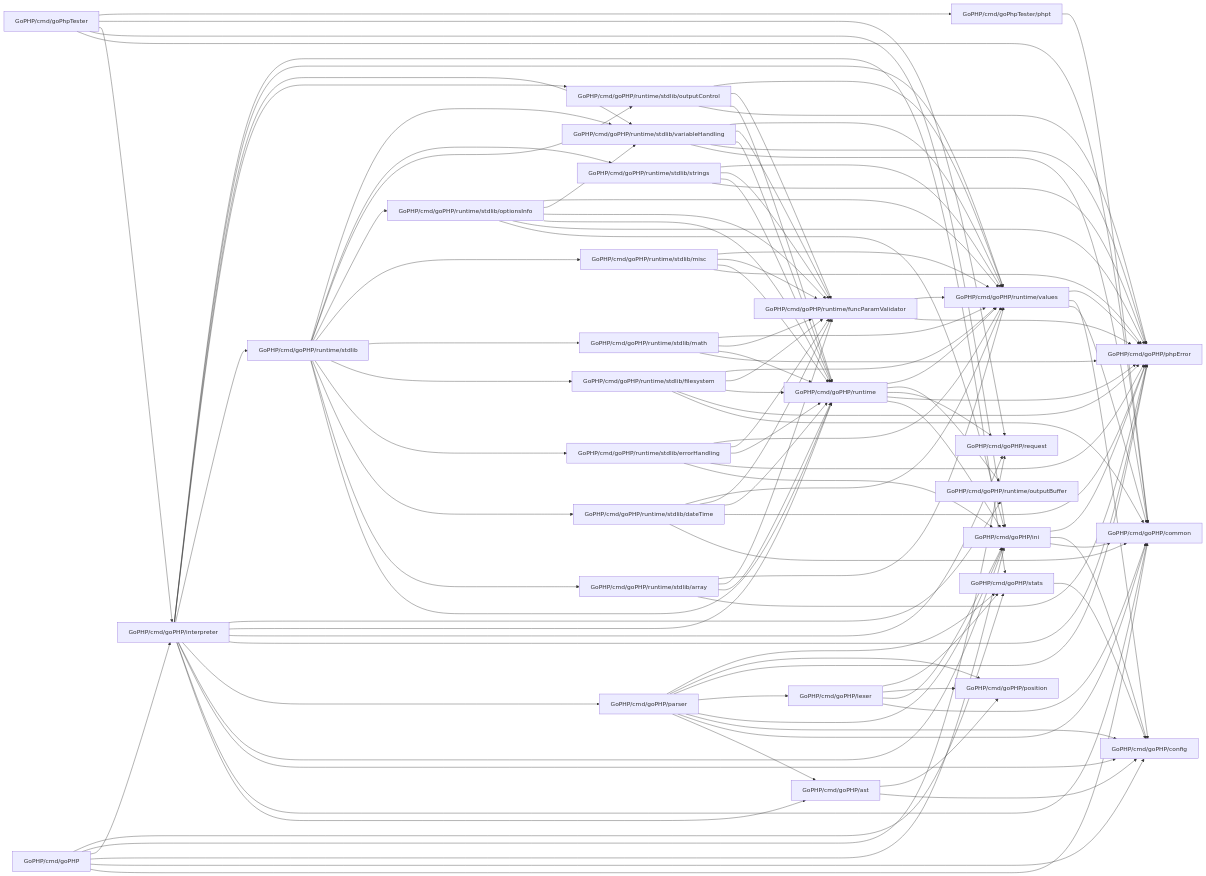
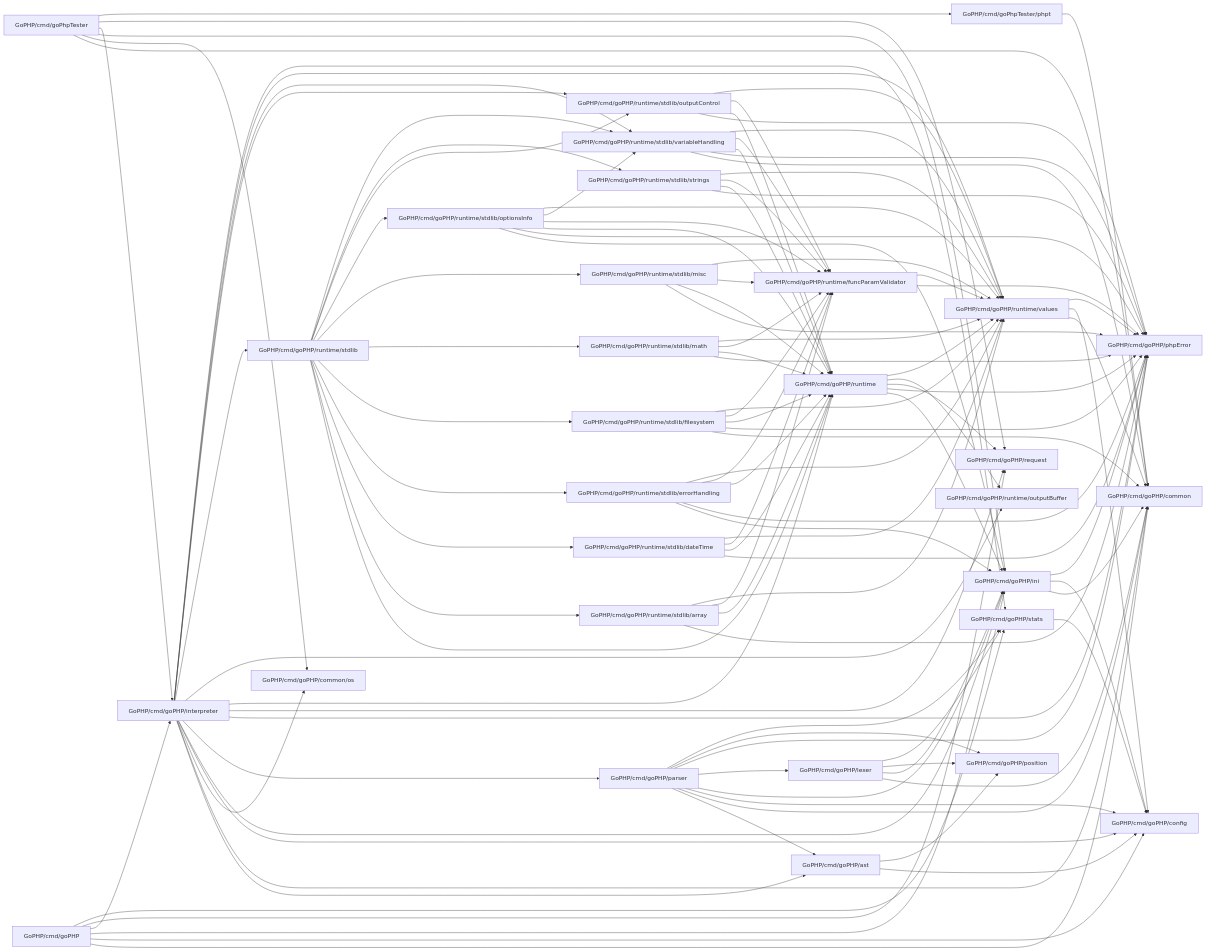
The diagram in doc/Packages.md (MasterZydra/QIQ), drawn with Mermaid before and after one commit. The commit also changed 11 other files, not shown here.

```diff
--- a/doc/Packages.md
+++ b/doc/Packages.md
@@ -18,6 +18,7 @@
 
     GoPHP_cmd_goPHP_interpreter[GoPHP/cmd/goPHP/interpreter] --> GoPHP_cmd_goPHP_ast[GoPHP/cmd/goPHP/ast]
     GoPHP_cmd_goPHP_interpreter[GoPHP/cmd/goPHP/interpreter] --> GoPHP_cmd_goPHP_common[GoPHP/cmd/goPHP/common]
+    GoPHP_cmd_goPHP_interpreter[GoPHP/cmd/goPHP/interpreter] --> GoPHP_cmd_goPHP_common_os[GoPHP/cmd/goPHP/common/os]
     GoPHP_cmd_goPHP_interpreter[GoPHP/cmd/goPHP/interpreter] --> GoPHP_cmd_goPHP_config[GoPHP/cmd/goPHP/config]
     GoPHP_cmd_goPHP_interpreter[GoPHP/cmd/goPHP/interpreter] --> GoPHP_cmd_goPHP_ini[GoPHP/cmd/goPHP/ini]
     GoPHP_cmd_goPHP_interpreter[GoPHP/cmd/goPHP/interpreter] --> GoPHP_cmd_goPHP_parser[GoPHP/cmd/goPHP/parser]
@@ -71,7 +72,6 @@
     GoPHP_cmd_goPHP_runtime_stdlib_array[GoPHP/cmd/goPHP/runtime/stdlib/array] --> GoPHP_cmd_goPHP_runtime_funcParamValidator[GoPHP/cmd/goPHP/runtime/funcParamValidator]
     GoPHP_cmd_goPHP_runtime_stdlib_array[GoPHP/cmd/goPHP/runtime/stdlib/array] --> GoPHP_cmd_goPHP_runtime_values[GoPHP/cmd/goPHP/runtime/values]
 
-    GoPHP_cmd_goPHP_runtime_stdlib_dateTime[GoPHP/cmd/goPHP/runtime/stdlib/dateTime] --> GoPHP_cmd_goPHP_common[GoPHP/cmd/goPHP/common]
     GoPHP_cmd_goPHP_runtime_stdlib_dateTime[GoPHP/cmd/goPHP/runtime/stdlib/dateTime] --> GoPHP_cmd_goPHP_phpError[GoPHP/cmd/goPHP/phpError]
     GoPHP_cmd_goPHP_runtime_stdlib_dateTime[GoPHP/cmd/goPHP/runtime/stdlib/dateTime] --> GoPHP_cmd_goPHP_runtime[GoPHP/cmd/goPHP/runtime]
     GoPHP_cmd_goPHP_runtime_stdlib_dateTime[GoPHP/cmd/goPHP/runtime/stdlib/dateTime] --> GoPHP_cmd_goPHP_runtime_funcParamValidator[GoPHP/cmd/goPHP/runtime/funcParamValidator]
@@ -129,6 +129,7 @@
     GoPHP_cmd_goPHP_stats[GoPHP/cmd/goPHP/stats] --> GoPHP_cmd_goPHP_config[GoPHP/cmd/goPHP/config]
 
     GoPHP_cmd_goPhpTester[GoPHP/cmd/goPhpTester] --> GoPHP_cmd_goPHP_common[GoPHP/cmd/goPHP/common]
+    GoPHP_cmd_goPhpTester[GoPHP/cmd/goPhpTester] --> GoPHP_cmd_goPHP_common_os[GoPHP/cmd/goPHP/common/os]
     GoPHP_cmd_goPhpTester[GoPHP/cmd/goPhpTester] --> GoPHP_cmd_goPHP_ini[GoPHP/cmd/goPHP/ini]
     GoPHP_cmd_goPhpTester[GoPHP/cmd/goPhpTester] --> GoPHP_cmd_goPHP_interpreter[GoPHP/cmd/goPHP/interpreter]
     GoPHP_cmd_goPhpTester[GoPHP/cmd/goPhpTester] --> GoPHP_cmd_goPHP_request[GoPHP/cmd/goPHP/request]
```
